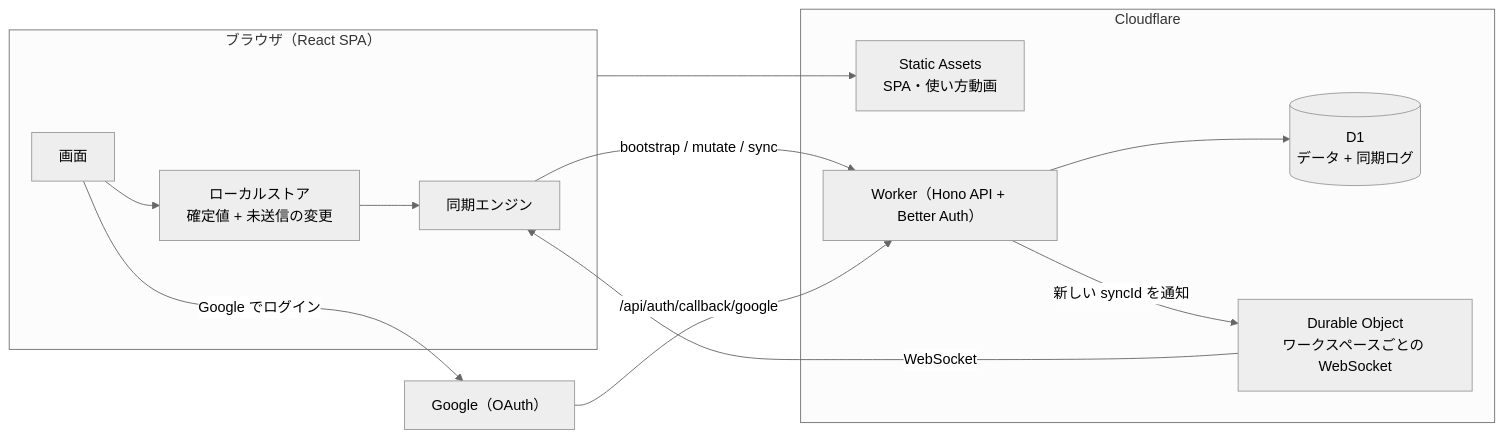
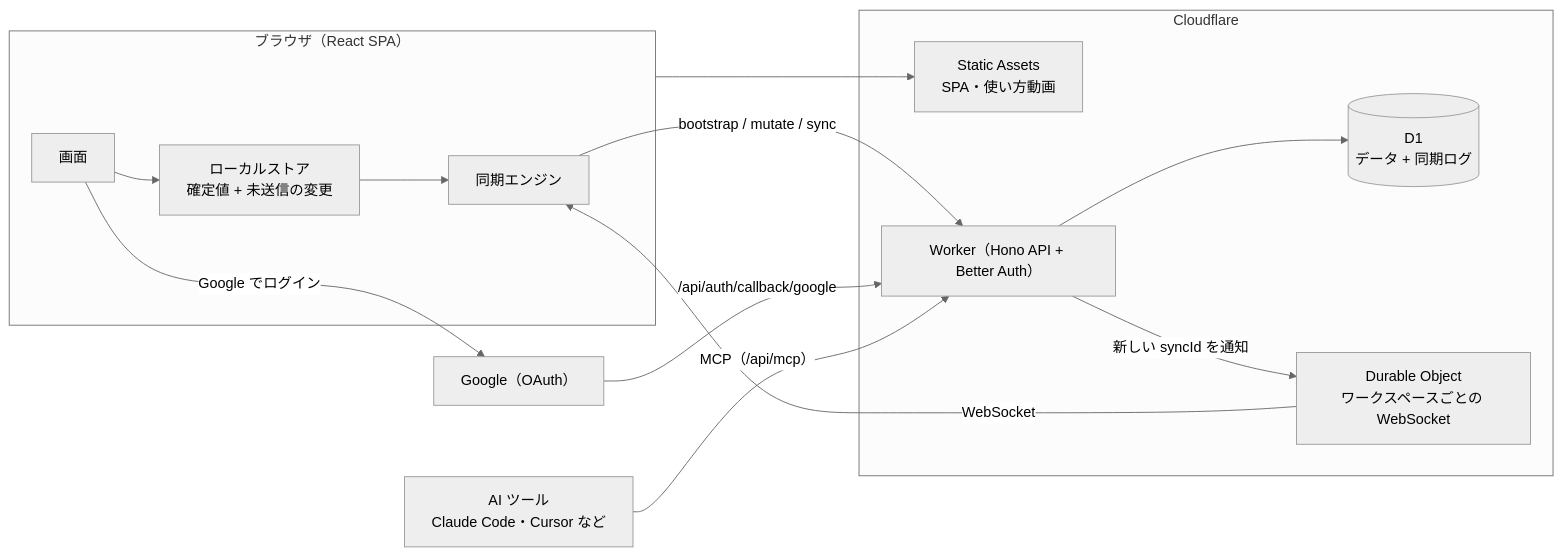
One commit to otomatty/sen changed the diagram in README.md. Above: the diagram before and after it, drawn with Mermaid (neutral theme). The commit also changed other lines of this file and 58 other files, not shown here.

````diff
--- a/README.md
+++ b/README.md
@@ -36,19 +37,20 @@
 ```mermaid
 flowchart LR
   subgraph Browser["ブラウザ（React SPA）"]
     UI["画面"] --> Store["ローカルストア<br/>確定値 + 未送信の変更"]
     Store --> Engine["同期エンジン"]
   end
   subgraph CF["Cloudflare"]
     Assets["Static Assets<br/>SPA・使い方動画"]
     Worker["Worker（Hono API + Better Auth）"]
     D1[("D1<br/>データ + 同期ログ")]
     DO["Durable Object<br/>ワークスペースごとの WebSocket"]
   end
   Engine -- "bootstrap / mutate / sync" --> Worker
   UI -- "Google でログイン" --> Google["Google（OAuth）"] -- "/api/auth/callback/google" --> Worker
+  AI["AI ツール<br/>Claude Code・Cursor など"] -- "MCP（/api/mcp）" --> Worker
   Worker --> D1
   Worker -- "新しい syncId を通知" --> DO
   DO -- "WebSocket" --> Engine
   Browser --> Assets
 ```
````
